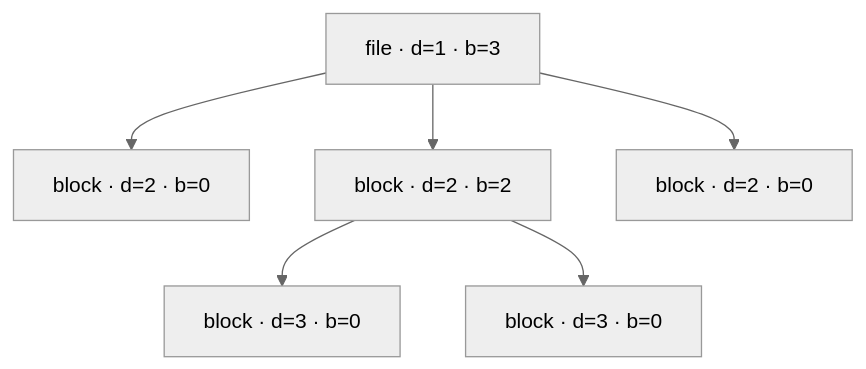
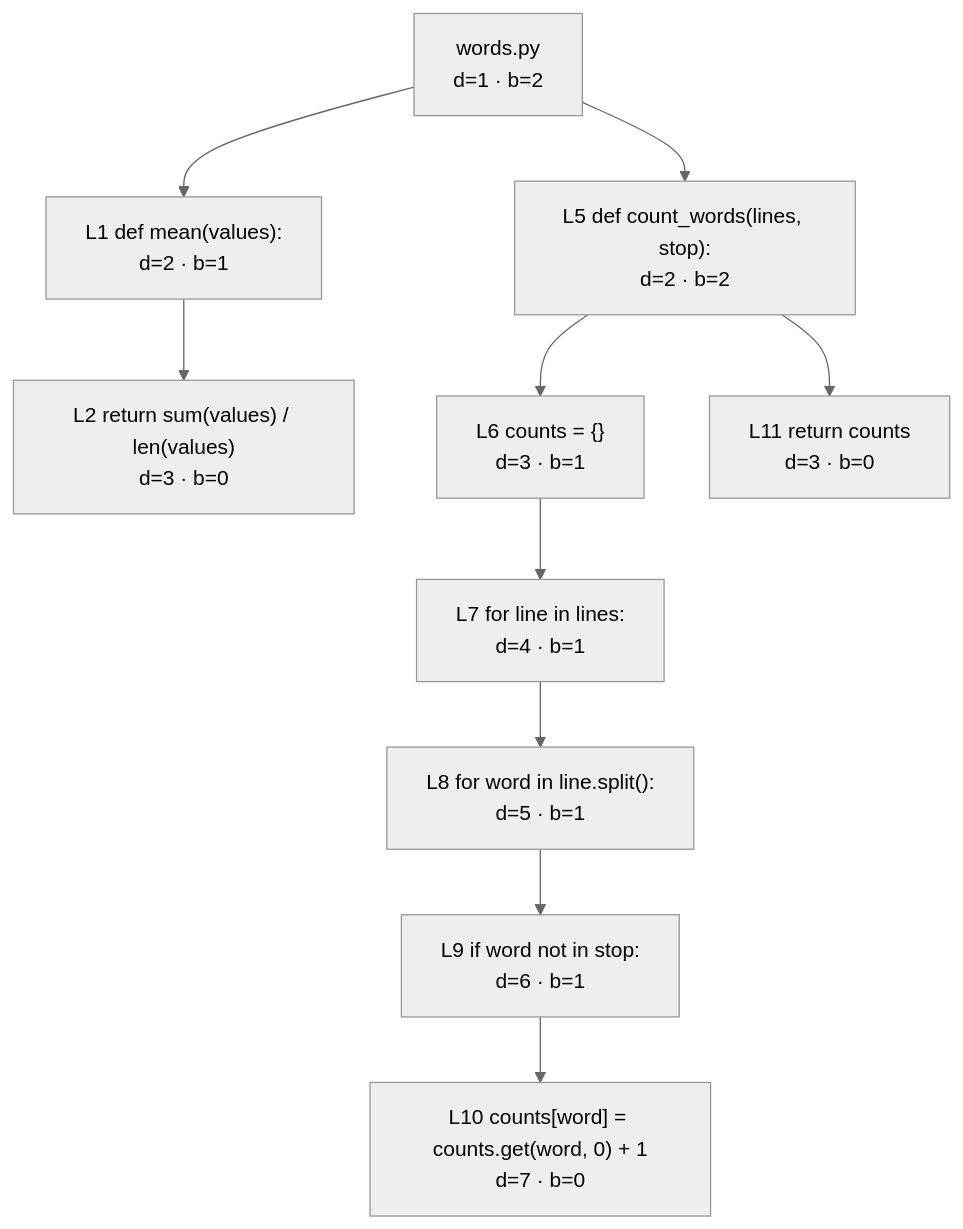
Before and after one commit to pawelchcki/llm-cc: the second of 2 diagrams in README.md, drawn with Mermaid (neutral theme). The commit also changed other lines of this file, not shown here.

````diff
--- a/README.md
+++ b/README.md
@@ -80,8 +146,13 @@
 ```mermaid
 flowchart TD
-  R["file · d=1 · b=3"] --> A["block · d=2 · b=0"]
-  R --> B["block · d=2 · b=2"]
-  R --> C["block · d=2 · b=0"]
-  B --> B1["block · d=3 · b=0"]
-  B --> B2["block · d=3 · b=0"]
+  R["words.py<br/>d=1 · b=2"]
+  R --> M["L1 def mean(values):<br/>d=2 · b=1"]
+  M --> M2["L2 return sum(values) / len(values)<br/>d=3 · b=0"]
+  R --> C["L5 def count_words(lines, stop):<br/>d=2 · b=2"]
+  C --> C6["L6 counts = {}<br/>d=3 · b=1"]
+  C6 --> C7["L7 for line in lines:<br/>d=4 · b=1"]
+  C7 --> C8["L8 for word in line.split():<br/>d=5 · b=1"]
+  C8 --> C9["L9 if word not in stop:<br/>d=6 · b=1"]
+  C9 --> C10["L10 counts[word] = counts.get(word, 0) + 1<br/>d=7 · b=0"]
+  C --> C11["L11 return counts<br/>d=3 · b=0"]
 ```
````
